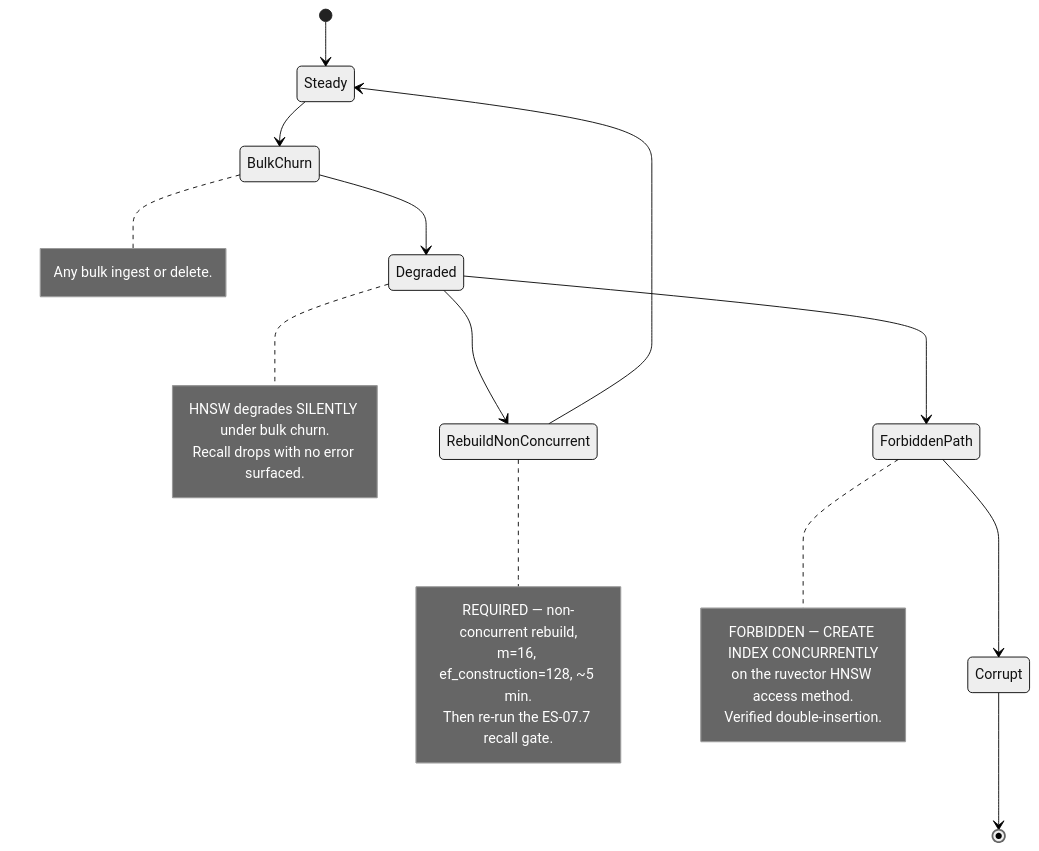
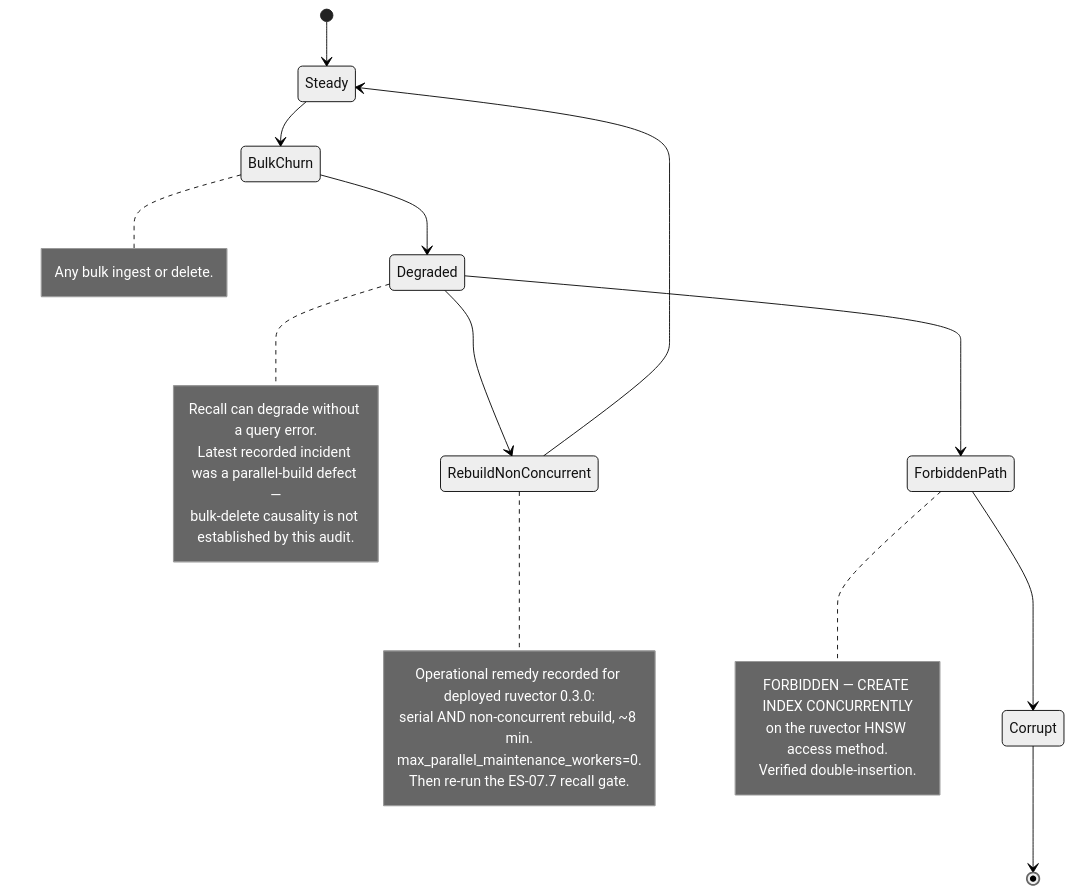
Before and after one commit to DreamLab-AI/VisionFlow: the eighth of 9 diagrams in docs/diagrams/estate/07-memory-and-embedding-estate.md, drawn with Mermaid (neutral theme). The commit also changed other lines of this file and 185 other files, not shown here.

Commit message:
docs(estate): reconcile diagrams and ADRs with source and define closeout sprint

````diff
--- a/docs/diagrams/estate/07-memory-and-embedding-estate.md
+++ b/docs/diagrams/estate/07-memory-and-embedding-estate.md
@@ -226,29 +226,31 @@
 ```mermaid
 stateDiagram-v2
     [*] --> Steady
     Steady --> BulkChurn
     BulkChurn --> Degraded
     Degraded --> RebuildNonConcurrent
     RebuildNonConcurrent --> Steady
     Degraded --> ForbiddenPath
     ForbiddenPath --> Corrupt
     Corrupt --> [*]
 
     note right of BulkChurn
         Any bulk ingest or delete.
     end note
     note right of Degraded
-        HNSW degrades SILENTLY under bulk churn.
-        Recall drops with no error surfaced.
+        Recall can degrade without a query error.
+        Latest recorded incident was a parallel-build defect —
+        bulk-delete causality is not established by this audit.
     end note
     note right of RebuildNonConcurrent
-        REQUIRED — non-concurrent rebuild,
-        m=16, ef_construction=128, ~5 min.
+        Operational remedy recorded for deployed ruvector 0.3.0:
+        serial AND non-concurrent rebuild, ~8 min.
+        max_parallel_maintenance_workers=0.
         Then re-run the ES-07.7 recall gate.
     end note
     note right of ForbiddenPath
         FORBIDDEN — CREATE INDEX CONCURRENTLY
         on the ruvector HNSW access method.
         Verified double-insertion.
     end note
 ```
````
